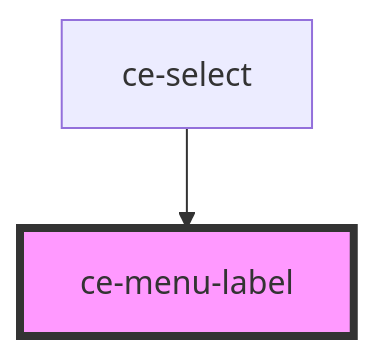
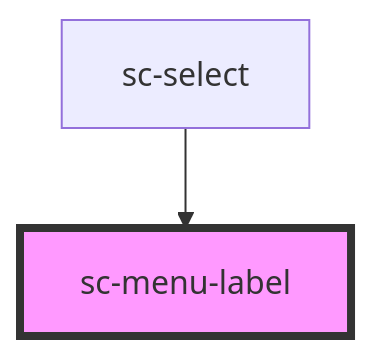
Before and after one commit to surecart/surecart-wp-plugin: the diagram in packages/components/src/components/ui/menu-label/readme.md, drawn with Mermaid. The commit also changed other lines of this file and 1281 other files, not shown here.

````diff
--- a/packages/components/src/components/ui/menu-label/readme.md
+++ b/packages/components/src/components/ui/menu-label/readme.md
@@ -22,5 +22,5 @@
 ```mermaid
 graph TD;
-  ce-select --> ce-menu-label
-  style ce-menu-label fill:#f9f,stroke:#333,stroke-width:4px
+  sc-select --> sc-menu-label
+  style sc-menu-label fill:#f9f,stroke:#333,stroke-width:4px
 ```
````
